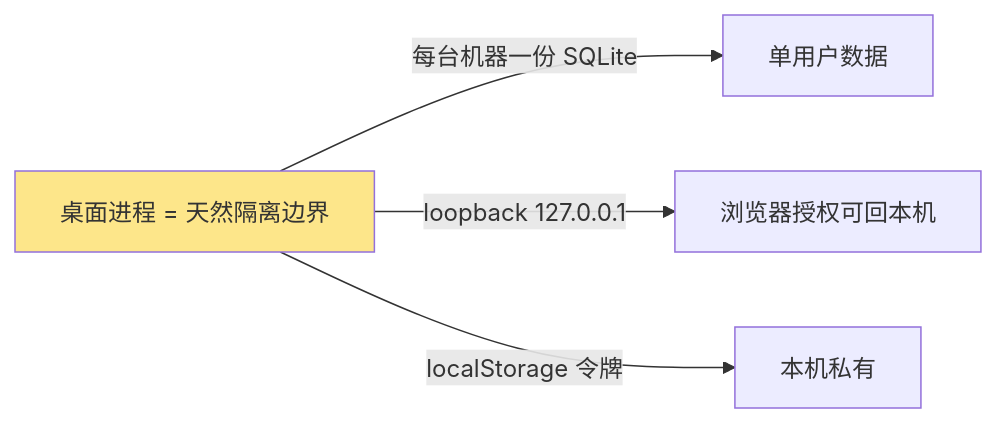
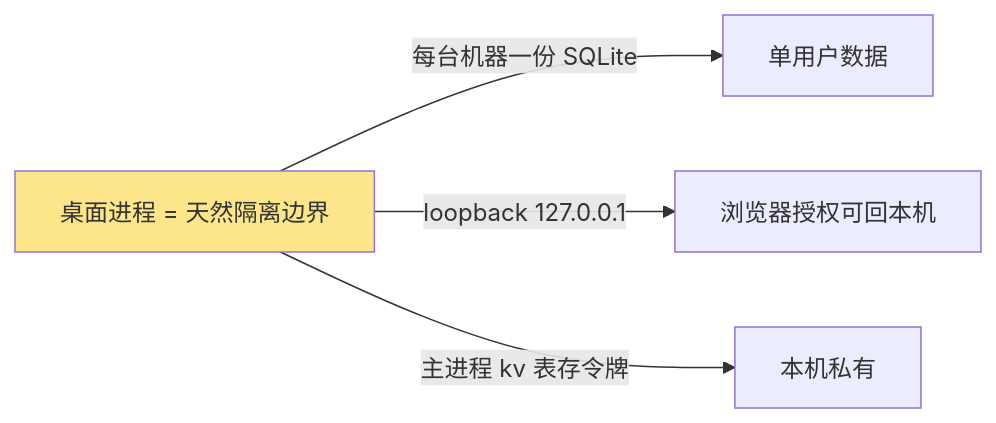
The first of 7 diagrams in 改造计划/05-认证与多租户账户.md (edward-ng-duke/LobsterAI), drawn with Mermaid before and after one commit. The commit also changed other lines of this file and 22 other files, not shown here.

````diff
--- a/改造计划/05-认证与多租户账户.md
+++ b/改造计划/05-认证与多租户账户.md
@@ -29,7 +29,7 @@
 ```mermaid
 graph LR
   A[桌面进程 = 天然隔离边界] -->|每台机器一份 SQLite| B[单用户数据]
   A -->|loopback 127.0.0.1| C[浏览器授权可回本机]
-  A -->|localStorage 令牌| D[本机私有]
+  A -->|主进程 kv 表存令牌| D[本机私有]
   style A fill:#fde68a
 ```
````
